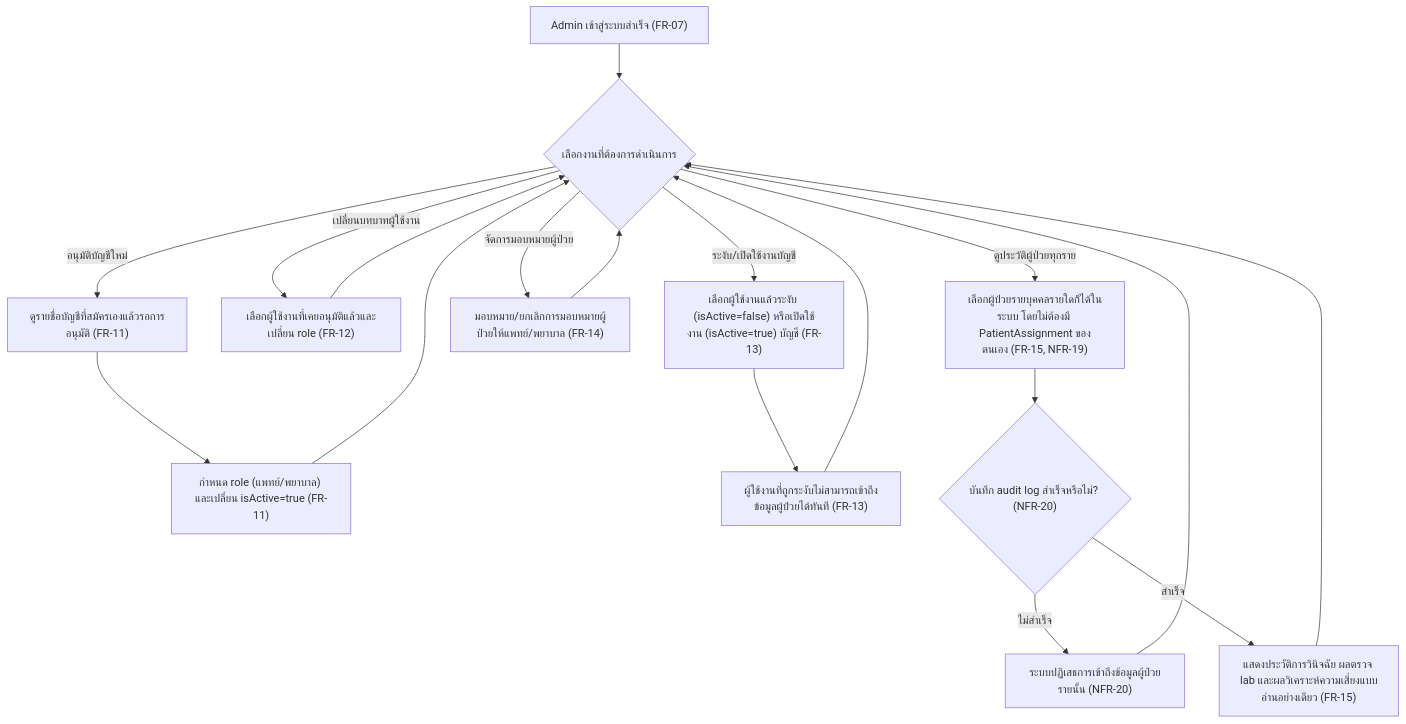
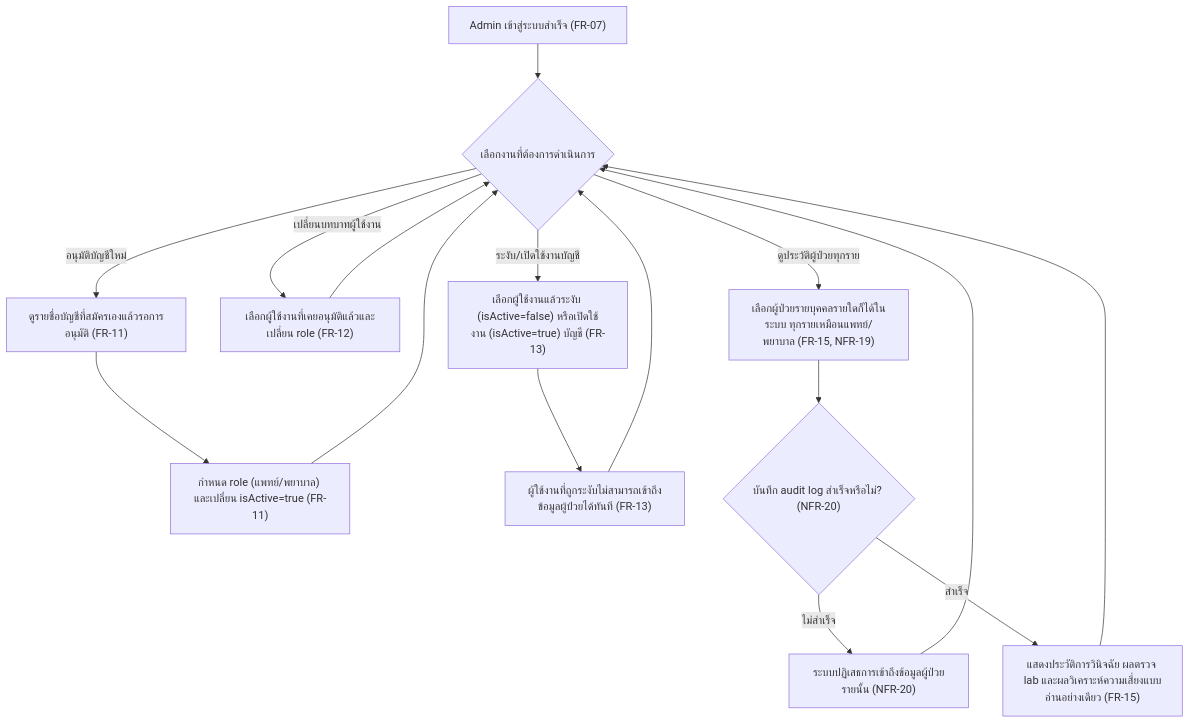
One commit to fadtypat/track-ncds changed the fourth of 4 diagrams in docs/02-design/user-journey.md. Above: the diagram before and after it, drawn with Mermaid. The commit also changed other lines of this file and 21 other files, not shown here.

First line of the commit message:
Drop patient assignment and add AI HN-search requirements across docs

````diff
--- a/docs/02-design/user-journey.md
+++ b/docs/02-design/user-journey.md
@@ -324,20 +341,18 @@
 ```mermaid
 flowchart TD
     A["Admin เข้าสู่ระบบสำเร็จ (FR-07)"] --> B{"เลือกงานที่ต้องการดำเนินการ"}
     B -->|อนุมัติบัญชีใหม่| C1["ดูรายชื่อบัญชีที่สมัครเองแล้วรอการอนุมัติ (FR-11)"]
     C1 --> C2["กำหนด role (แพทย์/พยาบาล) และเปลี่ยน isActive=true (FR-11)"]
     C2 --> B
     B -->|เปลี่ยนบทบาทผู้ใช้งาน| D1["เลือกผู้ใช้งานที่เคยอนุมัติแล้วและเปลี่ยน role (FR-12)"]
     D1 --> B
     B -->|ระงับ/เปิดใช้งานบัญชี| E1["เลือกผู้ใช้งานแล้วระงับ (isActive=false) หรือเปิดใช้งาน (isActive=true) บัญชี (FR-13)"]
     E1 --> E2["ผู้ใช้งานที่ถูกระงับไม่สามารถเข้าถึงข้อมูลผู้ป่วยได้ทันที (FR-13)"]
     E2 --> B
-    B -->|จัดการมอบหมายผู้ป่วย| F1["มอบหมาย/ยกเลิกการมอบหมายผู้ป่วยให้แพทย์/พยาบาล (FR-14)"]
-    F1 --> B
-    B -->|ดูประวัติผู้ป่วยทุกราย| G1["เลือกผู้ป่วยรายบุคคลรายใดก็ได้ในระบบ โดยไม่ต้องมี PatientAssignment ของตนเอง (FR-15, NFR-19)"]
+    B -->|ดูประวัติผู้ป่วยทุกราย| G1["เลือกผู้ป่วยรายบุคคลรายใดก็ได้ในระบบ ทุกรายเหมือนแพทย์/พยาบาล (FR-15, NFR-19)"]
     G1 --> G2{"บันทึก audit log สำเร็จหรือไม่? (NFR-20)"}
     G2 -->|ไม่สำเร็จ| G3["ระบบปฏิเสธการเข้าถึงข้อมูลผู้ป่วยรายนั้น (NFR-20)"]
     G3 --> B
     G2 -->|สำเร็จ| G4["แสดงประวัติการวินิจฉัย ผลตรวจ lab และผลวิเคราะห์ความเสี่ยงแบบอ่านอย่างเดียว (FR-15)"]
     G4 --> B
 ```
````
